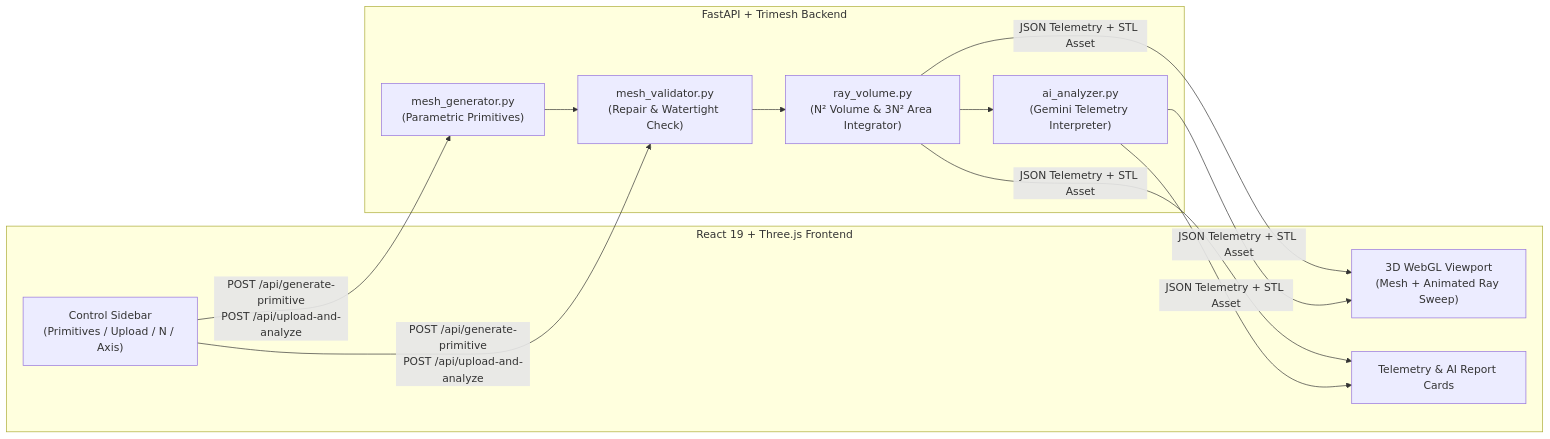
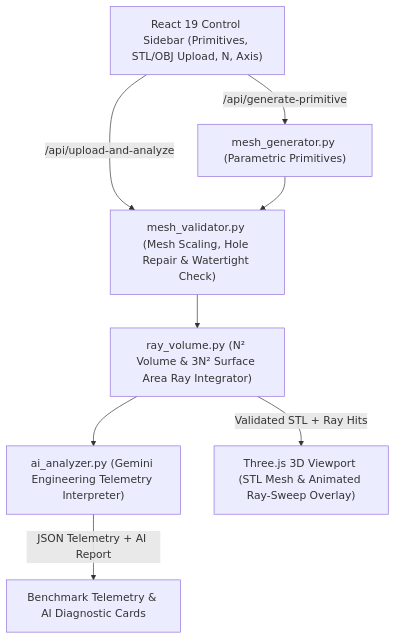
Before and after one commit to DivyanshSangwan/Ramesh: the diagram in README.md, drawn with Mermaid.

Commit message:
Switch architecture Mermaid diagram to clean vertical layout
Entire-Checkpoint: 01M6XF04BA5DG7S93S4FP97PFJ

````diff
--- a/README.md
+++ b/README.md
@@ -79,21 +79,18 @@
 ```mermaid
-flowchart LR
-    subgraph Client["React 19 + Three.js Frontend"]
-        UI["Control Sidebar\n(Primitives / Upload / N / Axis)"]
-        VP["3D WebGL Viewport\n(Mesh + Animated Ray Sweep)"]
-        TEL["Telemetry & AI Report Cards"]
-    end
+flowchart TD
+    UI["React 19 Control Sidebar (Primitives, STL/OBJ Upload, N, Axis)"]
+    GEN["mesh_generator.py (Parametric Primitives)"]
+    VAL["mesh_validator.py (Mesh Scaling, Hole Repair & Watertight Check)"]
+    RAY["ray_volume.py (N² Volume & 3N² Surface Area Ray Integrator)"]
+    AI["ai_analyzer.py (Gemini Engineering Telemetry Interpreter)"]
+    VP["Three.js 3D Viewport (STL Mesh & Animated Ray-Sweep Overlay)"]
+    TEL["Benchmark Telemetry & AI Diagnostic Cards"]
 
-    subgraph Server["FastAPI + Trimesh Backend"]
-        GEN["mesh_generator.py\n(Parametric Primitives)"]
-        VAL["mesh_validator.py\n(Repair & Watertight Check)"]
-        RAY["ray_volume.py\n(N² Volume & 3N² Area Integrator)"]
-        AI["ai_analyzer.py\n(Gemini Telemetry Interpreter)"]
-    end
-
-    UI -->|POST /api/generate-primitive\nPOST /api/upload-and-analyze| GEN & VAL
+    UI -->|"/api/generate-primitive"| GEN
+    UI -->|"/api/upload-and-analyze"| VAL
     GEN --> VAL
     VAL --> RAY
     RAY --> AI
-    RAY & AI -->|JSON Telemetry + STL Asset| VP & TEL
+    RAY -->|"Validated STL + Ray Hits"| VP
+    AI -->|"JSON Telemetry + AI Report"| TEL
 ```
````
